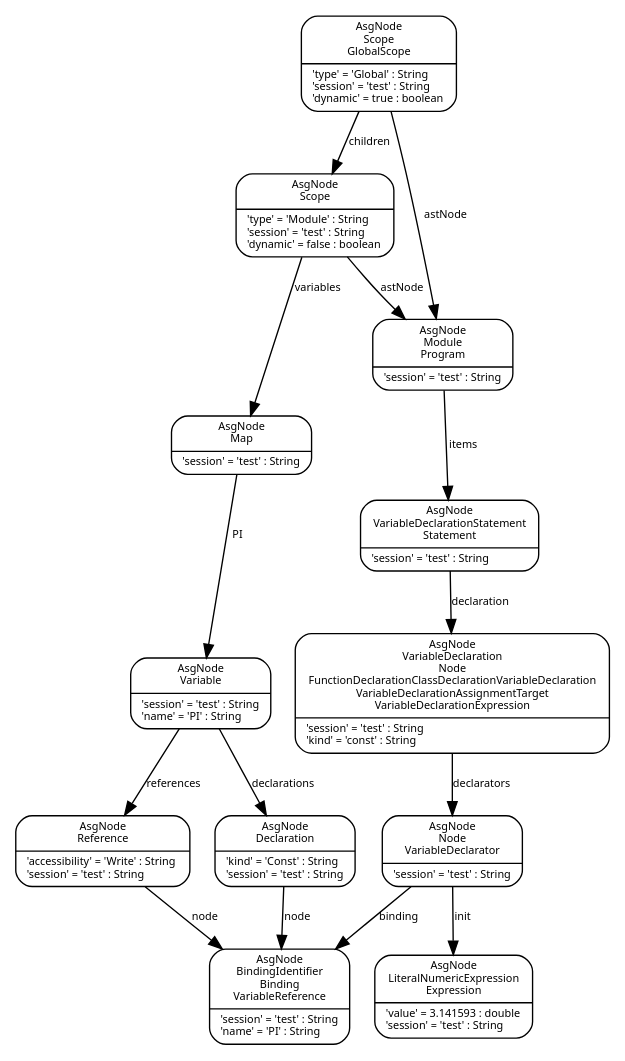
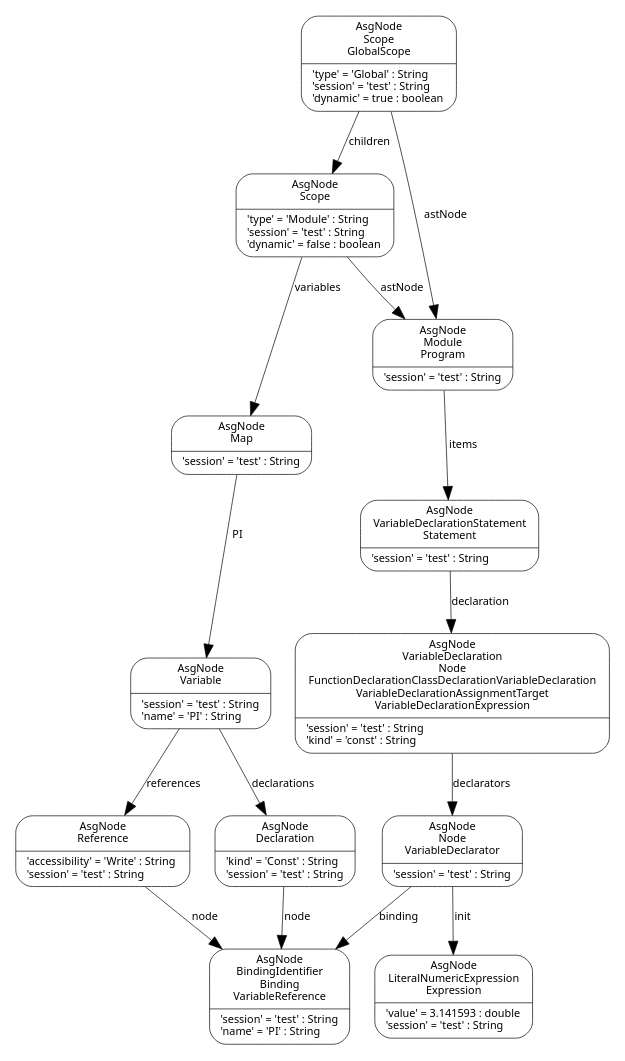
One commit to luczsoma/bsc-thesis changed the diagram in src/figures/codemodel-rifle-asg.dot. Above: the diagram before and after it, drawn with Graphviz. The commit also changed 11 other files, not shown here.

```diff
--- a/src/figures/codemodel-rifle-asg.dot
+++ b/src/figures/codemodel-rifle-asg.dot
@@ -1,89 +1,91 @@
 digraph Neo {
   node [
     fontsize = "8"
     shape = "Mrecord"
     fontname = "Noto Sans"
+    penwidth = 0.5
   ]
   edge [
     fontname = "Noto Sans"
     fontsize = "8"
+    penwidth = 0.5
   ]
   N5 [
     label = "{AsgNode\nBindingIdentifier\nBinding\nVariableReference|'session' = 'test' : String\l'name' = 'PI' : String\l}"
   ]
   N12 [
     label = "{AsgNode\nVariableDeclaration\nNode\nFunctionDeclarationClassDeclarationVariableDeclaration\nVariableDeclarationAssignmentTarget\n VariableDeclarationExpression|'session' = 'test' : String\l'kind' = 'const' : String\l}"
   ]
   N12 -> N27 [
     label = "declarators\n"
   ]
   N13 [
     label = "{AsgNode\nScope|'type' = 'Module' : String\l'session' = 'test' : String\l'dynamic' = false : boolean\l}"
   ]
   N13 -> N14 [
     label = "variables\n"
   ]
   N13 -> N39 [
     label = "astNode\n"
   ]
   N14 [
     label = "{AsgNode\nMap|'session' = 'test' : String\l}"
   ]
   N14 -> N31 [
     label = "PI\n"
   ]
   N19 [
     label = "{AsgNode\nScope\nGlobalScope|'type' = 'Global' : String\l'session' = 'test' : String\l'dynamic' = true : boolean\l}"
   ]
   N19 -> N39 [
     label = "astNode\n"
   ]
   N19 -> N13 [
     label = "children\n"
   ]
   N20 [
     label = "{AsgNode\nReference|'accessibility' = 'Write' : String\l'session' = 'test' : String\l}"
   ]
   N20 -> N5 [
     label = "node\n"
   ]
   N21 [
     label = "{AsgNode\nVariableDeclarationStatement\nStatement|'session' = 'test' : String\l}"
   ]
   N21 -> N12 [
     label = "declaration\n"
   ]
   N27 [
     label = "{AsgNode\nNode\nVariableDeclarator|'session' = 'test' : String\l}"
   ]
   N27 -> N36 [
     label = "init\n"
   ]
   N27 -> N5 [
     label = "binding\n"
   ]
   N31 [
     label = "{AsgNode\nVariable|'session' = 'test' : String\l'name' = 'PI' : String\l}"
   ]
   N31 -> N20 [
     label = "references\n"
   ]
   N31 -> N37 [
     label = "declarations\n"
   ]
   N36 [
     label = "{AsgNode\nLiteralNumericExpression\nExpression|'value' = 3.141593 : double\l'session' = 'test' : String\l}"
   ]
   N37 [
     label = "{AsgNode\nDeclaration|'kind' = 'Const' : String\l'session' = 'test' : String\l}"
   ]
   N37 -> N5 [
     label = "node\n"
   ]
   N39 [
     label = "{AsgNode\nModule\nProgram|'session' = 'test' : String\l}"
   ]
   N39 -> N21 [
     label = "items\n"
   ]
 }
```
